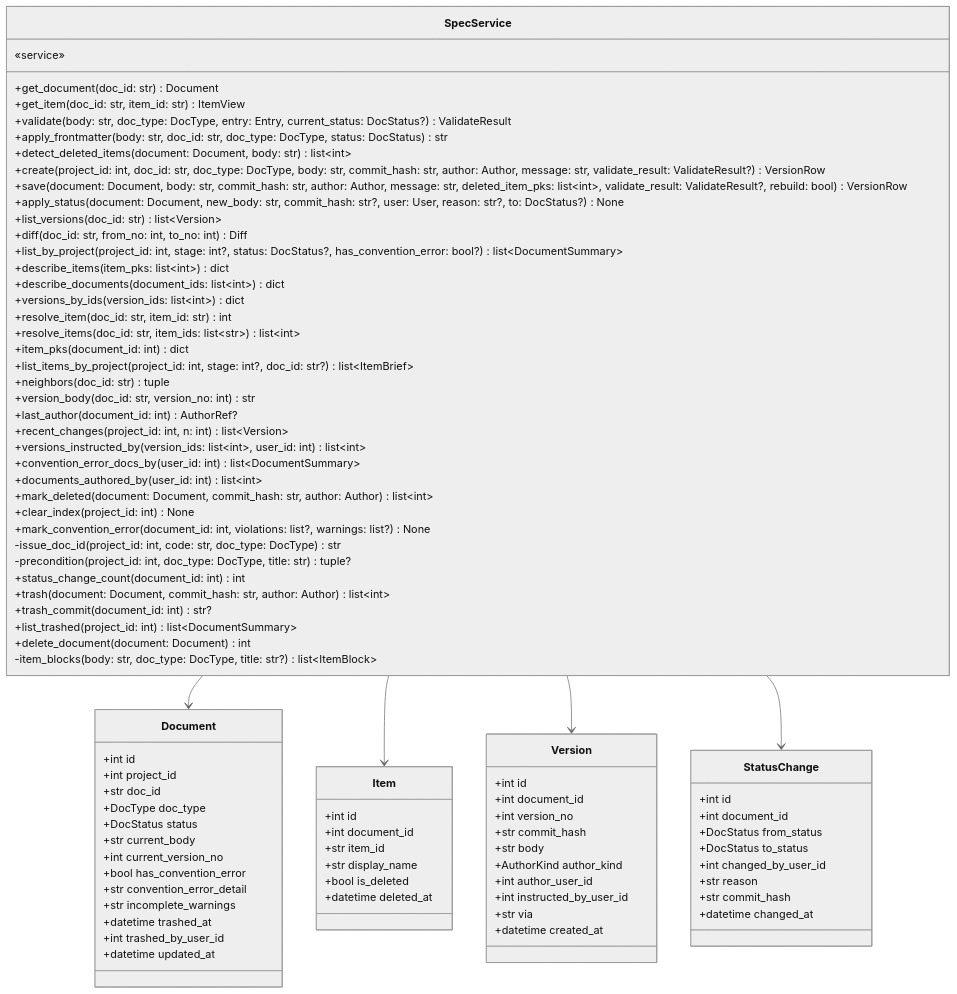
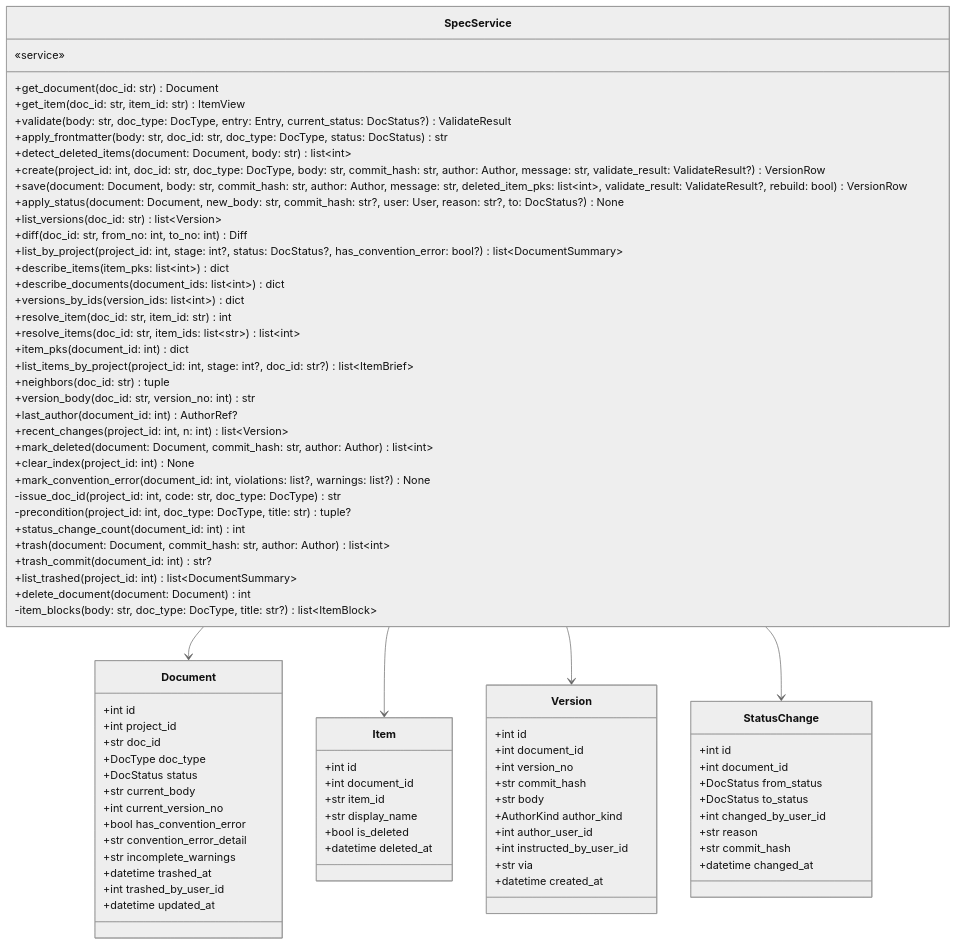
Before and after one commit to HoyoungParkme/syncdoc: diagram 14 of 16 in docs/specs/06-DOM/SYNC-DOM-002.md, drawn with Mermaid (neutral theme). The commit also changed other lines of this file and 100 other files, not shown here.

```diff
--- a/docs/specs/06-DOM/SYNC-DOM-002.md
+++ b/docs/specs/06-DOM/SYNC-DOM-002.md
@@ -673,9 +582,6 @@
         +version_body(doc_id: str, version_no: int) str
         +last_author(document_id: int) AuthorRef?
         +recent_changes(project_id: int, n: int) list~Version~
-        +versions_instructed_by(version_ids: list~int~, user_id: int) list~int~
-        +convention_error_docs_by(user_id: int) list~DocumentSummary~
-        +documents_authored_by(user_id: int) list~int~
         +mark_deleted(document: Document, commit_hash: str, author: Author) list~int~
         +clear_index(project_id: int) None
         +mark_convention_error(document_id: int, violations: list?, warnings: list?) None
```
